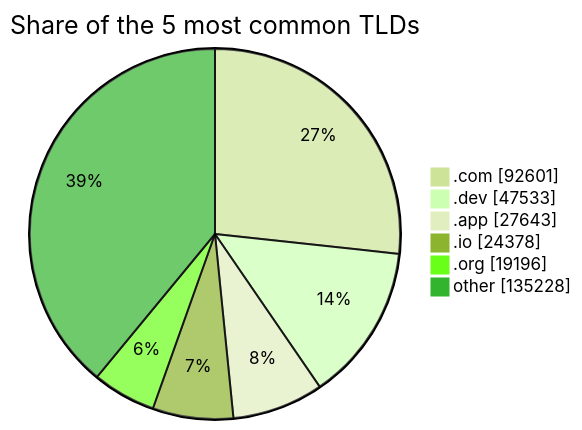
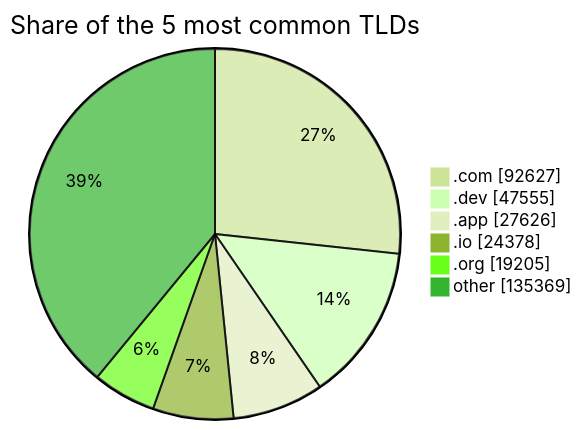
The third of 3 diagrams in README.md (DNSBunker/CTI), drawn with Mermaid (forest theme) before and after one commit. The commit also changed other lines of this file and 3 other files, not shown here.

````diff
--- a/README.md
+++ b/README.md
@@ -81,9 +81,9 @@
 ```mermaid
 pie showData title Share of the 5 most common TLDs
-    ".com" : 92601
-    ".dev" : 47533
-    ".app" : 27643
+    ".com" : 92627
+    ".dev" : 47555
+    ".app" : 27626
     ".io" : 24378
-    ".org" : 19196
-    "other" : 135228
+    ".org" : 19205
+    "other" : 135369
 ```
````
